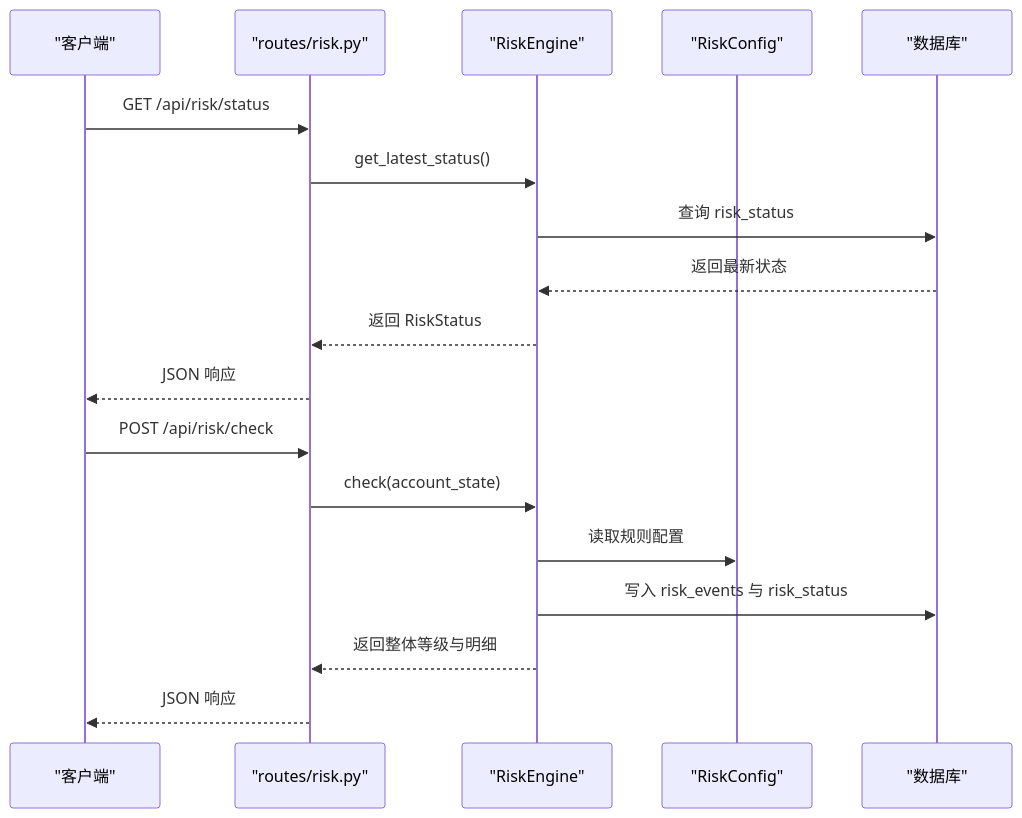
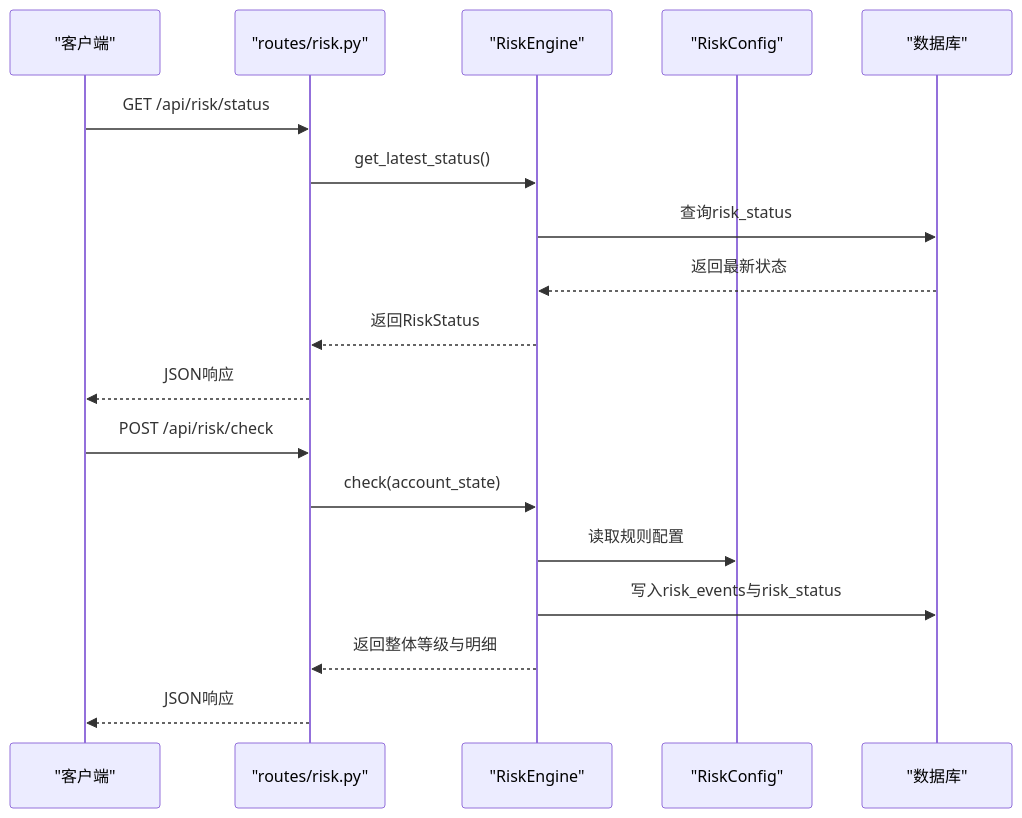
One commit to Magicer2024/AIQuant changed the sixth of 8 diagrams in .qoder/repowiki/zh/content/核心模块/风险控制系统/风险控制系统.md. Above: the diagram before and after it, drawn with Mermaid. The commit also changed other lines of this file and 62 other files, not shown here.

First line of the commit message:
refactor: migrate modules to 六部 ministries architecture

````diff
--- a/.qoder/repowiki/zh/content/核心模块/风险控制系统/风险控制系统.md
+++ b/.qoder/repowiki/zh/content/核心模块/风险控制系统/风险控制系统.md
@@ -294,20 +289,20 @@
 ```mermaid
 sequenceDiagram
 participant Client as "客户端"
 participant API as "routes/risk.py"
 participant Engine as "RiskEngine"
 participant Config as "RiskConfig"
 participant DB as "数据库"
 Client->>API : GET /api/risk/status
 API->>Engine : get_latest_status()
-Engine->>DB : 查询 risk_status
+Engine->>DB : 查询risk_status
 DB-->>Engine : 返回最新状态
-Engine-->>API : 返回 RiskStatus
-API-->>Client : JSON 响应
+Engine-->>API : 返回RiskStatus
+API-->>Client : JSON响应
 Client->>API : POST /api/risk/check
 API->>Engine : check(account_state)
 Engine->>Config : 读取规则配置
-Engine->>DB : 写入 risk_events 与 risk_status
+Engine->>DB : 写入risk_events与risk_status
 Engine-->>API : 返回整体等级与明细
-API-->>Client : JSON 响应
+API-->>Client : JSON响应
 ```
````
